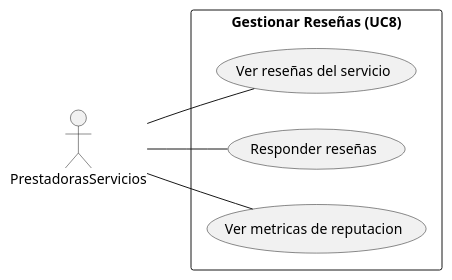
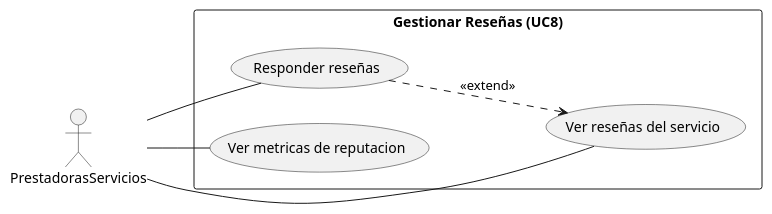
The diagram in docs/modelos/uc-lvl-1/gestionar-reseñas/prestadora-diagrama.puml (xdark-nessx20/SM-Xplore), drawn with PlantUML before and after one commit. The commit also changed 3 other files, not shown here.

Commit message:
add include/extend relations to PDS lvl1 diagrams

```diff
--- a/docs/modelos/uc-lvl-1/gestionar-reseñas/prestadora-diagrama.puml
+++ b/docs/modelos/uc-lvl-1/gestionar-reseñas/prestadora-diagrama.puml
@@ -1,17 +1,19 @@
 @startuml
 
 left to right direction
 
 actor PrestadorasServicios as P
 
 rectangle "Gestionar Reseñas (UC8)" {
     usecase "Ver reseñas del servicio" as UC8_1
     usecase "Responder reseñas" as UC8_2
     usecase "Ver metricas de reputacion" as UC8_3
 }
 
 P -- UC8_1
 P -- UC8_2
 P -- UC8_3
 
+UC8_2 ..> UC8_1 : <<extend>>
+
 @enduml
```
